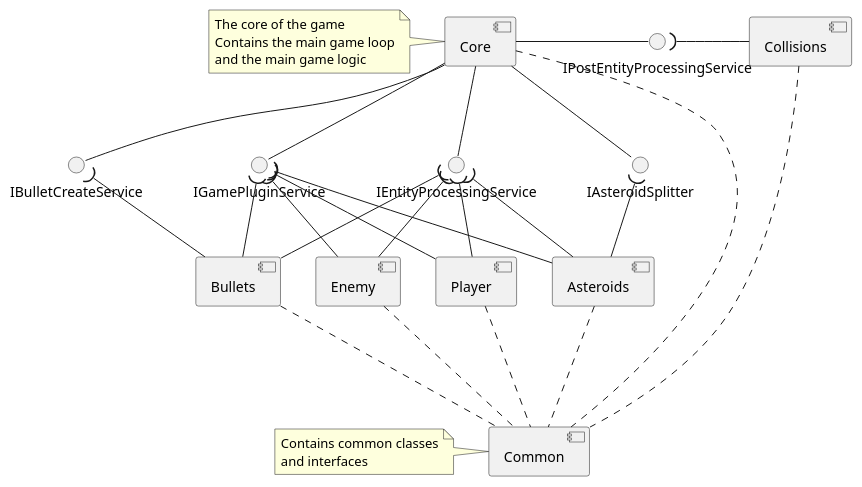
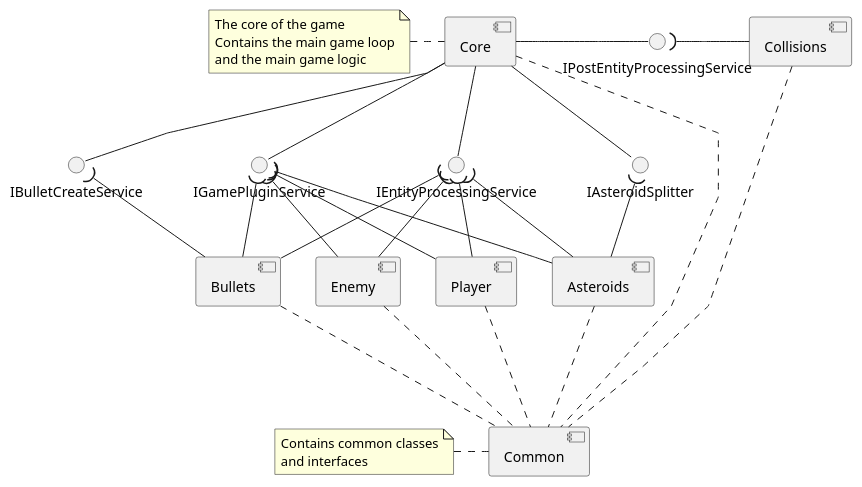
Before and after one commit to JfriisJ/SI4-KBS: the diagram in MyAsteroidsGame/Docs/Component diagram/Java Modules.plantuml, drawn with PlantUML. The commit also changed 60 other files, not shown here.

```diff
--- a/MyAsteroidsGame/Docs/Component diagram/Java Modules.plantuml
+++ b/MyAsteroidsGame/Docs/Component diagram/Java Modules.plantuml
@@ -2,60 +2,59 @@
 @startuml
 
-'skinparam skin sky
-
+skinparam linetype polyline
 component Asteroids
 
 component Bullets
 component Collisions
 component Common
 note left of Common
   Contains common classes
   and interfaces
 end note
 component Core
 note left of Core
   The core of the game
   Contains the main game loop
   and the main game logic
 end note
 component Enemy
 component Player
 
 interface IAsteroidSplitter
 interface IBulletCreateService
 interface IGamePluginService
 interface IEntityProcessingService
 interface IPostEntityProcessingService
 
 Core -down- IAsteroidSplitter
 Core -down- IBulletCreateService
 Core -down- IGamePluginService
 Core -down- IEntityProcessingService
 Core -right- IPostEntityProcessingService
 
 Asteroids -up-( IAsteroidSplitter
 Asteroids -up-( IGamePluginService
 Asteroids -up-( IEntityProcessingService
 
 Bullets -up-( IBulletCreateService
 Bullets -up-( IGamePluginService
 Bullets -up-( IEntityProcessingService
 
 Collisions -left-( IPostEntityProcessingService
 
 Enemy -up-( IEntityProcessingService
 Enemy -up-( IGamePluginService
 
 Player -up-( IEntityProcessingService
 Player -up-( IGamePluginService
 
 
 Common -.up- Core
 Common -.up- Asteroids
 Common -.up- Bullets
 Common -.up- Collisions
 Common -.up- Enemy
 Common -.up- Player
 
 
 @enduml
```
